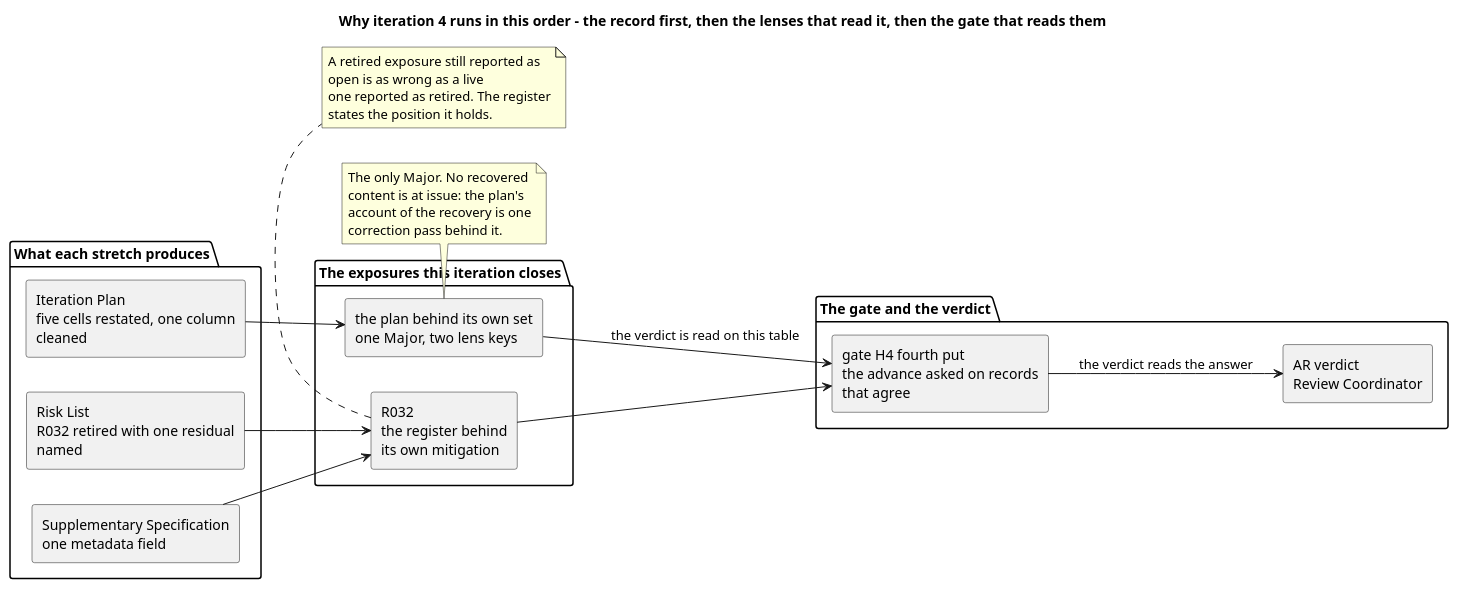
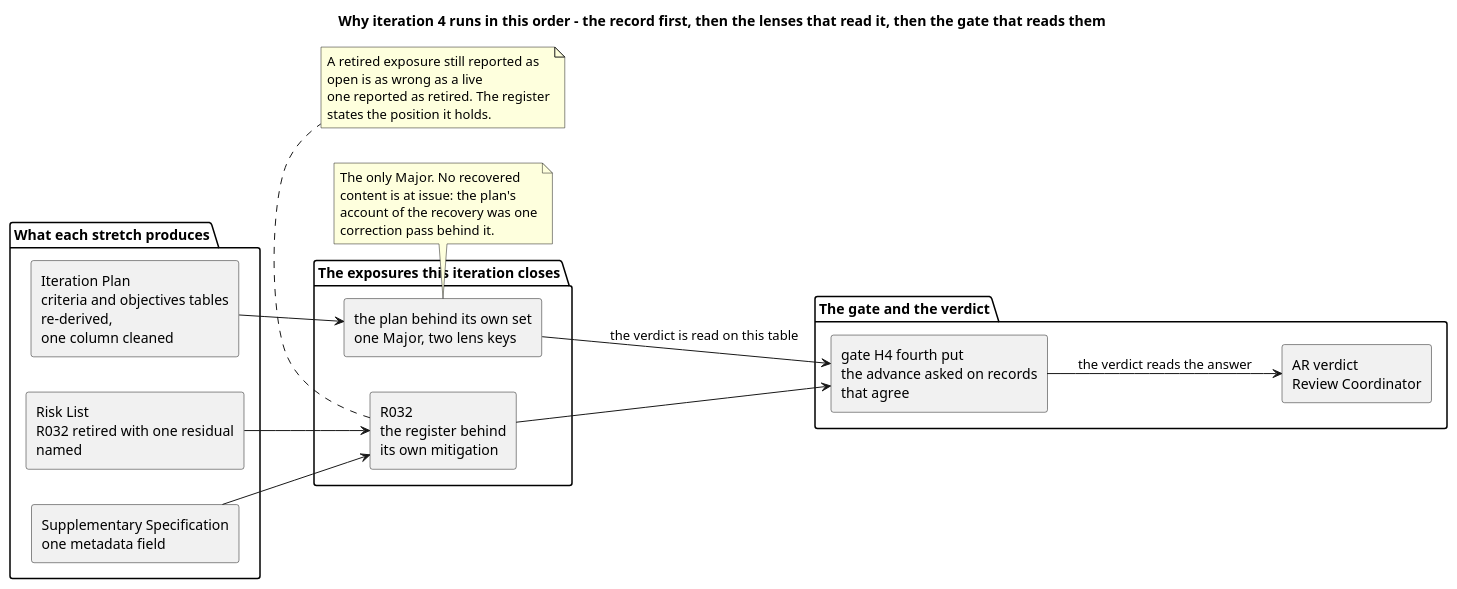
Before and after one commit to banense-test/TodoApp: the fourth of 6 diagrams in docs/artifacts/project-management/iteration-plan.md, drawn with PlantUML. The commit also changed other lines of this file, not shown here.

First line of the commit message:
Project Manager [Excavation4]: upsert Iteration Plan

````diff
--- a/docs/artifacts/project-management/iteration-plan.md
+++ b/docs/artifacts/project-management/iteration-plan.md
@@ -210,41 +212,41 @@
 ```plantuml
 @startuml
 title Why iteration 4 runs in this order - the record first, then the lenses that read it, then the gate that reads them
 skinparam shadowing false
 skinparam componentStyle rectangle
 skinparam wrapWidth 225
 left to right direction
 
 package "What each stretch produces" {
-  component "Iteration Plan\nfive cells restated, one column cleaned" as PLAN
+  component "Iteration Plan\ncriteria and objectives tables re-derived,\none column cleaned" as PLAN
   component "Risk List\nR032 retired with one residual named" as RL
   component "Supplementary Specification\none metadata field" as SS
 }
 
 package "The exposures this iteration closes" {
   component "the plan behind its own set\none Major, two lens keys" as MAJ
   component "R032\nthe register behind\nits own mitigation" as R32
 }
 
 package "The gate and the verdict" {
   component "gate H4 fourth put\nthe advance asked on records that agree" as H4
   component "AR verdict\nReview Coordinator" as ARV
 }
 
 PLAN --> MAJ
 RL --> R32
 SS --> R32
 MAJ --> H4 : the verdict is read on this table
 R32 --> H4
 H4 --> ARV : the verdict reads the answer
 
 note bottom of MAJ
   The only Major. No recovered content is at issue: the plan's
-  account of the recovery is one correction pass behind it.
+  account of the recovery was one correction pass behind it.
 end note
 note bottom of R32
   A retired exposure still reported as open is as wrong as a live
   one reported as retired. The register states the position it holds.
 end note
 @enduml
 ```
````
